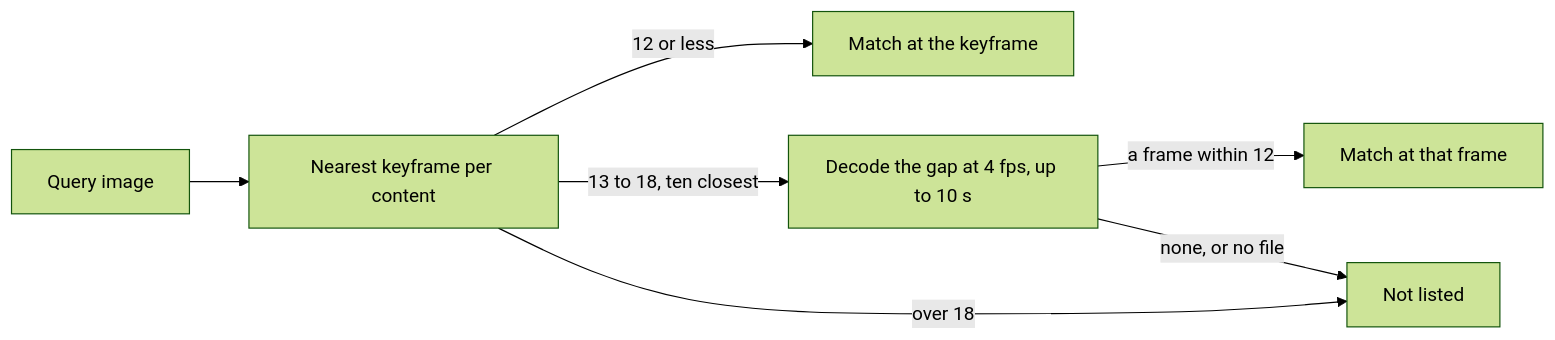
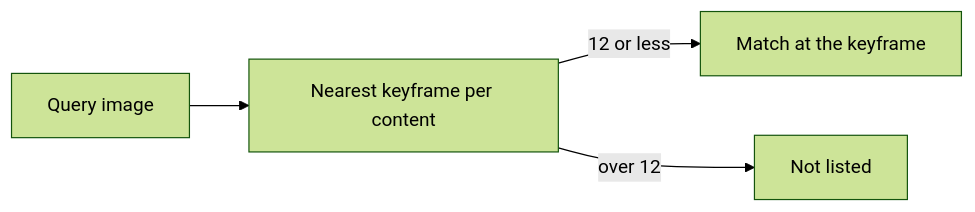
The second of 4 diagrams in docs/design-docs/image-search.md (syudead/vv), drawn with Mermaid (forest theme) before and after one commit. The commit also changed other lines of this file and 20 other files, not shown here.

````diff
--- a/docs/design-docs/image-search.md
+++ b/docs/design-docs/image-search.md
@@ -84,9 +77,6 @@
 ```mermaid
 flowchart LR
   img[Query image] --> scan[Nearest keyframe per content]
   scan -->|12 or less| hit[Match at the keyframe]
-  scan -->|13 to 18, ten closest| refine[Decode the gap at 4 fps, up to 10 s]
-  scan -->|over 18| drop[Not listed]
-  refine -->|a frame within 12| hitr[Match at that frame]
-  refine -->|none, or no file| drop
+  scan -->|over 12| drop[Not listed]
 ```
````
